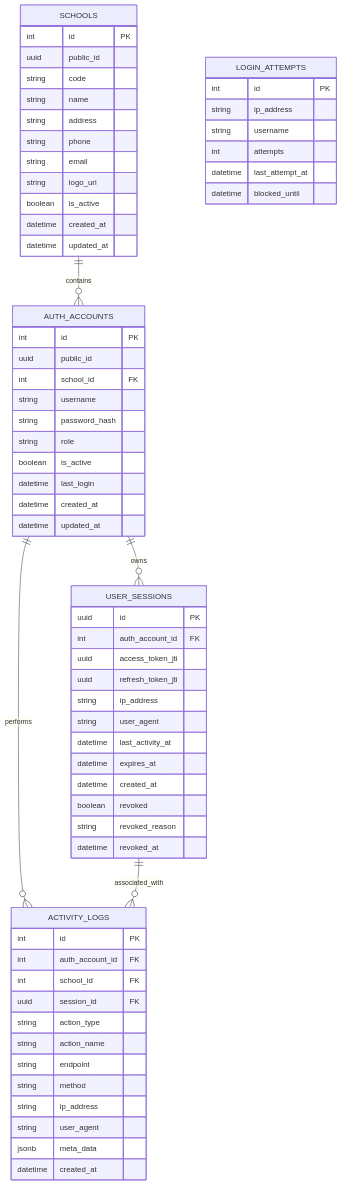
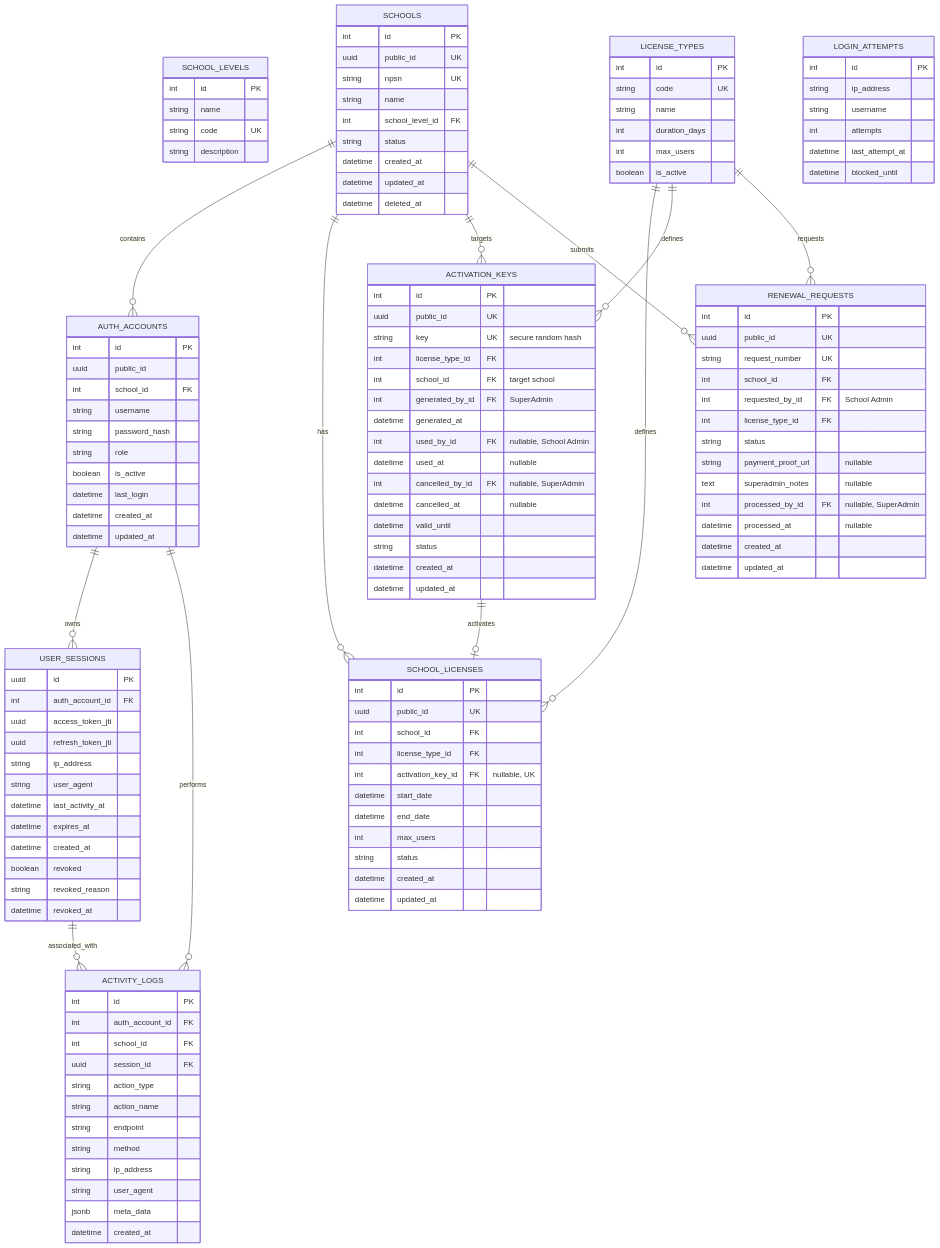
The first of 9 diagrams in docs/TDD.md (manuelixvivi/lockxam), drawn with Mermaid before and after one commit. The commit also changed other lines of this file and 251 other files, not shown here.

````diff
--- a/docs/TDD.md
+++ b/docs/TDD.md
@@ -48,17 +48,31 @@
 ```mermaid
 erDiagram
+    SCHOOL_LEVELS {
+        int id PK
+        string name
+        string code UK
+        string description
+    }
+
+    LICENSE_TYPES {
+        int id PK
+        string code UK
+        string name
+        int duration_days
+        int max_users
+        boolean is_active
+    }
+
     SCHOOLS {
         int id PK
-        uuid public_id
-        string code
+        uuid public_id UK
+        string npsn UK
         string name
-        string address
-        string phone
-        string email
-        string logo_url
-        boolean is_active
+        int school_level_id FK
+        string status
         datetime created_at
         datetime updated_at
+        datetime deleted_at
     }
 
     AUTH_ACCOUNTS {
@@ -113,8 +127,63 @@
         datetime blocked_until
     }
 
+    SCHOOL_LICENSES {
+        int id PK
+        uuid public_id UK
+        int school_id FK
+        int license_type_id FK
+        int activation_key_id FK "nullable, UK"
+        datetime start_date
+        datetime end_date
+        int max_users
+        string status
+        datetime created_at
+        datetime updated_at
+    }
+
+    ACTIVATION_KEYS {
+        int id PK
+        uuid public_id UK
+        string key UK "secure random hash"
+        int license_type_id FK
+        int school_id FK "target school"
+        int generated_by_id FK "SuperAdmin"
+        datetime generated_at
+        int used_by_id FK "nullable, School Admin"
+        datetime used_at "nullable"
+        int cancelled_by_id FK "nullable, SuperAdmin"
+        datetime cancelled_at "nullable"
+        datetime valid_until
+        string status
+        datetime created_at
+        datetime updated_at
+    }
+
+    RENEWAL_REQUESTS {
+        int id PK
+        uuid public_id UK
+        string request_number UK
+        int school_id FK
+        int requested_by_id FK "School Admin"
+        int license_type_id FK
+        string status
+        string payment_proof_url "nullable"
+        text superadmin_notes "nullable"
+        int processed_by_id FK "nullable, SuperAdmin"
+        datetime processed_at "nullable"
+        datetime created_at
+        datetime updated_at
+    }
+
     SCHOOLS ||--o{ AUTH_ACCOUNTS : "contains"
     AUTH_ACCOUNTS ||--o{ USER_SESSIONS : "owns"
     AUTH_ACCOUNTS ||--o{ ACTIVITY_LOGS : "performs"
     USER_SESSIONS ||--o{ ACTIVITY_LOGS : "associated_with"
+    SCHOOLS ||--o{ SCHOOL_LICENSES : "has"
+    LICENSE_TYPES ||--o{ SCHOOL_LICENSES : "defines"
+    LICENSE_TYPES ||--o{ ACTIVATION_KEYS : "defines"
+    SCHOOLS ||--o{ ACTIVATION_KEYS : "targets"
+    ACTIVATION_KEYS ||--o| SCHOOL_LICENSES : "activates"
+    SCHOOLS ||--o{ RENEWAL_REQUESTS : "submits"
+    LICENSE_TYPES ||--o{ RENEWAL_REQUESTS : "requests"
 ```
````
